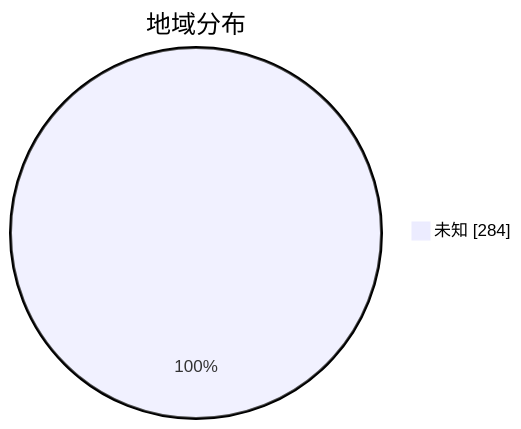
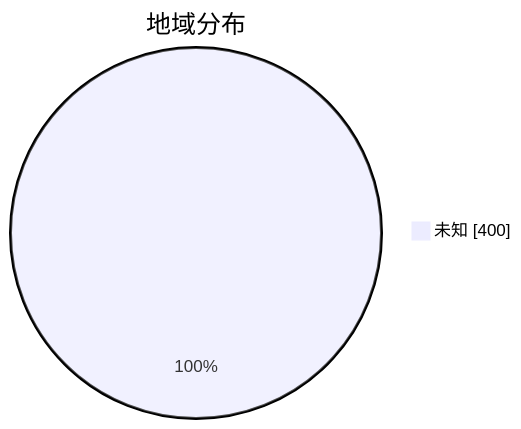
The second of 3 diagrams in subs/statistics/tested_within.md (qjlxg/airport), drawn with Mermaid before and after one commit. The commit also changed other lines of this file and 2 other files, not shown here.

````diff
--- a/subs/statistics/tested_within.md
+++ b/subs/statistics/tested_within.md
@@ -12,5 +13,5 @@
 ```mermaid
 pie showData
 title 地域分布
-"未知" : 284
+"未知" : 400
 ```
````
